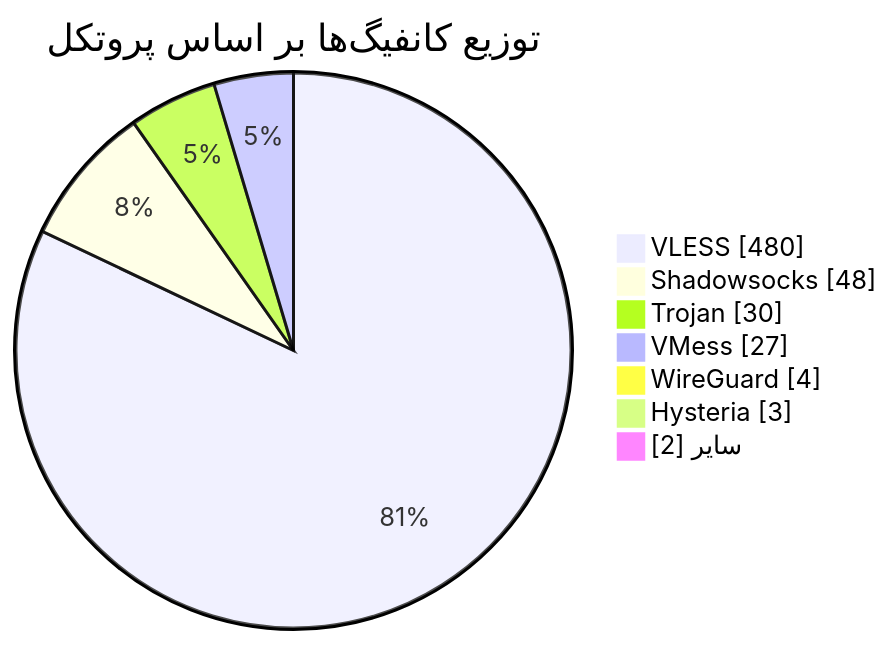
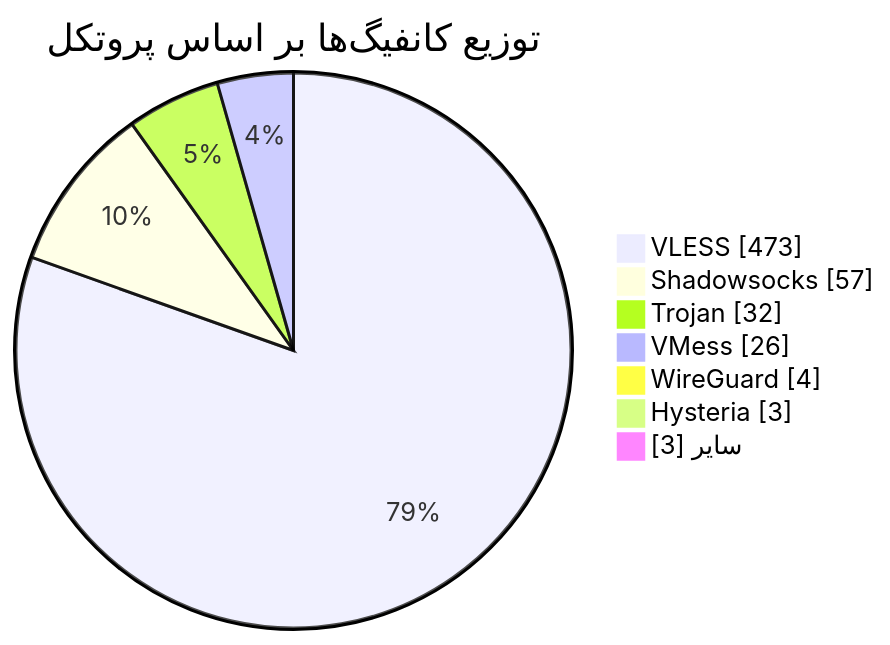
The diagram in README.md (Arian-Alijani/Somthing), drawn with Mermaid before and after one commit. The commit also changed other lines of this file and 17 other files, not shown here.

````diff
--- a/README.md
+++ b/README.md
@@ -49,11 +49,11 @@
 ```mermaid
 pie showData
     title توزیع کانفیگ‌ها بر اساس پروتکل
-    "VLESS" : 480
-    "Shadowsocks" : 48
-    "Trojan" : 30
-    "VMess" : 27
+    "VLESS" : 473
+    "Shadowsocks" : 57
+    "Trojan" : 32
+    "VMess" : 26
     "WireGuard" : 4
     "Hysteria" : 3
-    "سایر" : 2
+    "سایر" : 3
 ```
````
